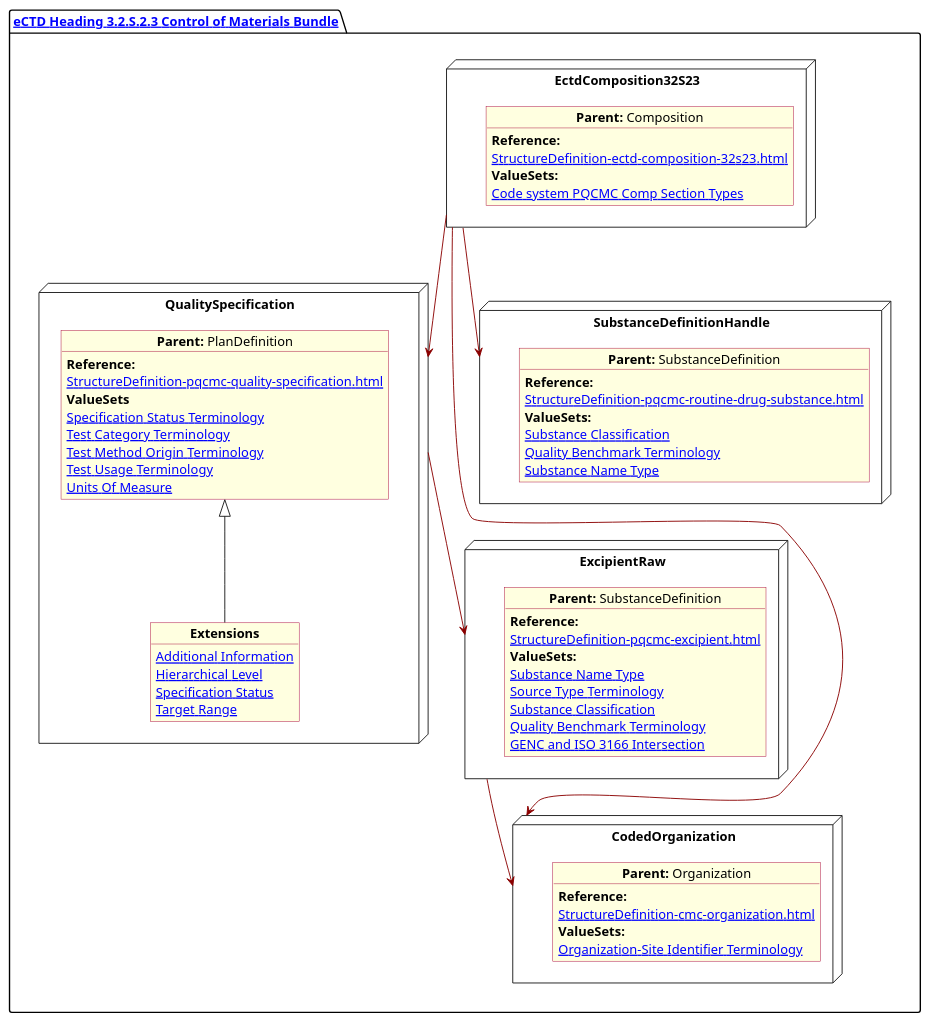
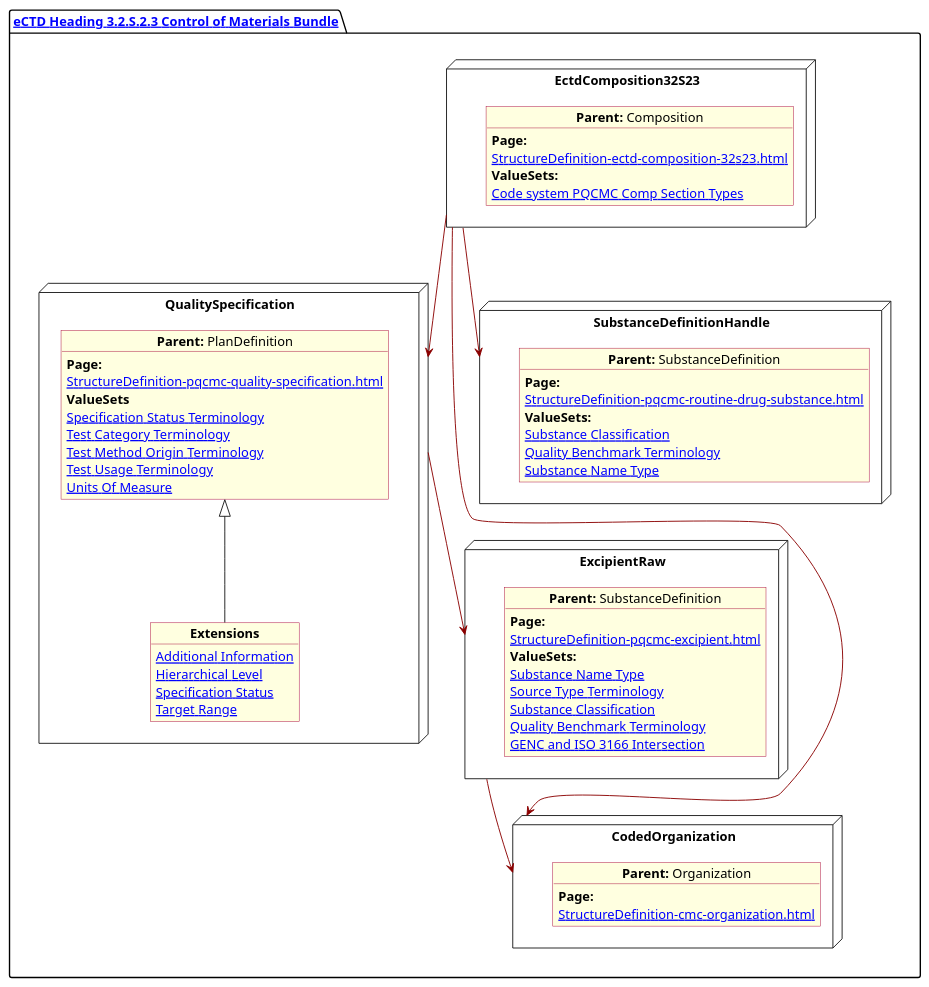
Before and after one commit to HL7/FHIR-us-pq-cmc-fda: the diagram in input/images-source/SubstanceControlMat.plantuml, drawn with PlantUML. The commit also changed 53 other files, not shown here.

```diff
--- a/input/images-source/SubstanceControlMat.plantuml
+++ b/input/images-source/SubstanceControlMat.plantuml
@@ -1,84 +1,83 @@
 @startuml SubstanceControlMat
 allowmixing
 'Mixed model of use case and object
 skinparam svgDimensionStyle false
 skinparam ObjectBackgroundColor LightYellow
 skinparam ObjectBorderColor #A80036
 skinparam activityDiamondBorderColor #A80036
 skinparam activityDiamondBackgroundColor lawnGreen
 skinparam ClassBorderThickness 4
 
 package "[[StructureDefinition-cmc-ectd-document-32s23.html eCTD Heading 3.2.S.2.3 Control of Materials Bundle]]" as NODES {
 
     node "QualitySpecification" as N2 {
 
         object "**Parent:** PlanDefinition" as obj2 {
-            **Reference:**
+            **Page:**
             [[StructureDefinition-pqcmc-quality-specification.html]]
             **ValueSets**
             [[ValueSet-pqcmc-specification-status-terminology.html Specification Status Terminology]]
             [[ValueSet-pqcmc-test-category-terminology.html Test Category Terminology]]
             [[ValueSet-pqcmc-test-method-origin-terminology.html Test Method Origin Terminology]]
             [[ValueSet-pqcmc-test-usage-terminology.html Test Usage Terminology]]
             [[ValueSet-pqcmc-units-of-measure.html Units Of Measure]]
         }
         object "**Extensions**" as objQSEx {
             [[StructureDefinition-pq-additional-info-extension.html Additional Information]]
             [[StructureDefinition-pq-hierarchical-level-extension.html Hierarchical Level]]
             [[StructureDefinition-pq-specification-status-extension.html Specification Status]]
             [[StructureDefinition-pq-target-range.html Target Range]]
         }
         obj2 <|-- objQSEx
     }
     node "EctdComposition32S23" as N1 {
 
         object "**Parent:** Composition" as obj1 {
-            **Reference:**
+            **Page:**
             [[StructureDefinition-ectd-composition-32s23.html]]
             **ValueSets:**
             [[ValueSet-cmc-comp-section-types-vs.html Code system PQCMC Comp Section Types]]
         }
     }
 
     node "ExcipientRaw" as N21 {
 
         object "**Parent:** SubstanceDefinition" as obj22 {
-            **Reference:**
+            **Page:**
             [[StructureDefinition-pqcmc-excipient.html]]
             **ValueSets:**
             [[ValueSet-pqcmc-substance-name-type.html Substance Name Type]]
             [[ValueSet-pqcmc-source-type-terminology.html Source Type Terminology]]
             [[ValueSet-substance-classification.html Substance Classification]]
             [[ValueSet-pqcmc-quality-benchmark-terminology.html Quality Benchmark Terminology]]
             [[ValueSet-pqcmc-genc-and-iso-intersect.html GENC and ISO 3166 Intersection]]
         }
     }
     node "CodedOrganization" as NSO {
 
         object "**Parent:** Organization" as objAu {
-            **Reference:**
+            **Page:**
             [[StructureDefinition-cmc-organization.html]]
-            **ValueSets:**
-            [[ValueSet-pqcmc-org-identifier-type-terminology.html Organization-Site Identifier Terminology]]
+     
         }
     }
 
     node "SubstanceDefinitionHandle" as NN {
 
         object "**Parent:** SubstanceDefinition" as obj3 {
-            **Reference:**
+            **Page:**
             [[StructureDefinition-pqcmc-routine-drug-substance.html]]
             **ValueSets:**
             [[ValueSet-substance-classification.html Substance Classification]]
             [[ValueSet-pqcmc-quality-benchmark-terminology.html Quality Benchmark Terminology]]
             [[ValueSet-pqcmc-substance-name-type.html Substance Name Type]]
         }
     }
 
     N1 -[#darkred]--> N2
     N2 -[#darkred]-> N21
     N1 -[#darkred]--> NSO
     N1 -[#darkred]--> NN
     N21 -[#darkred]-> NSO
 }
 @enduml
```
